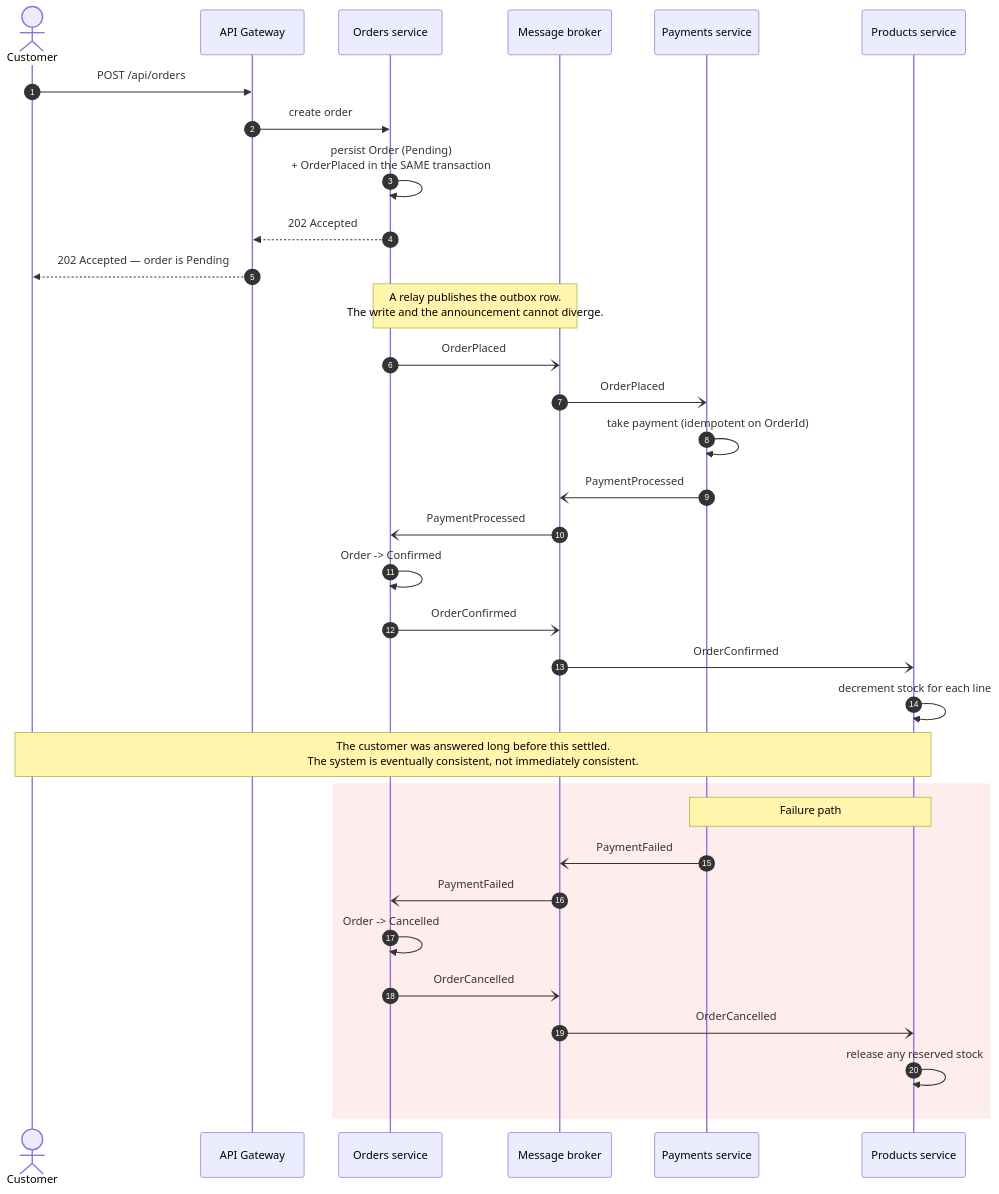
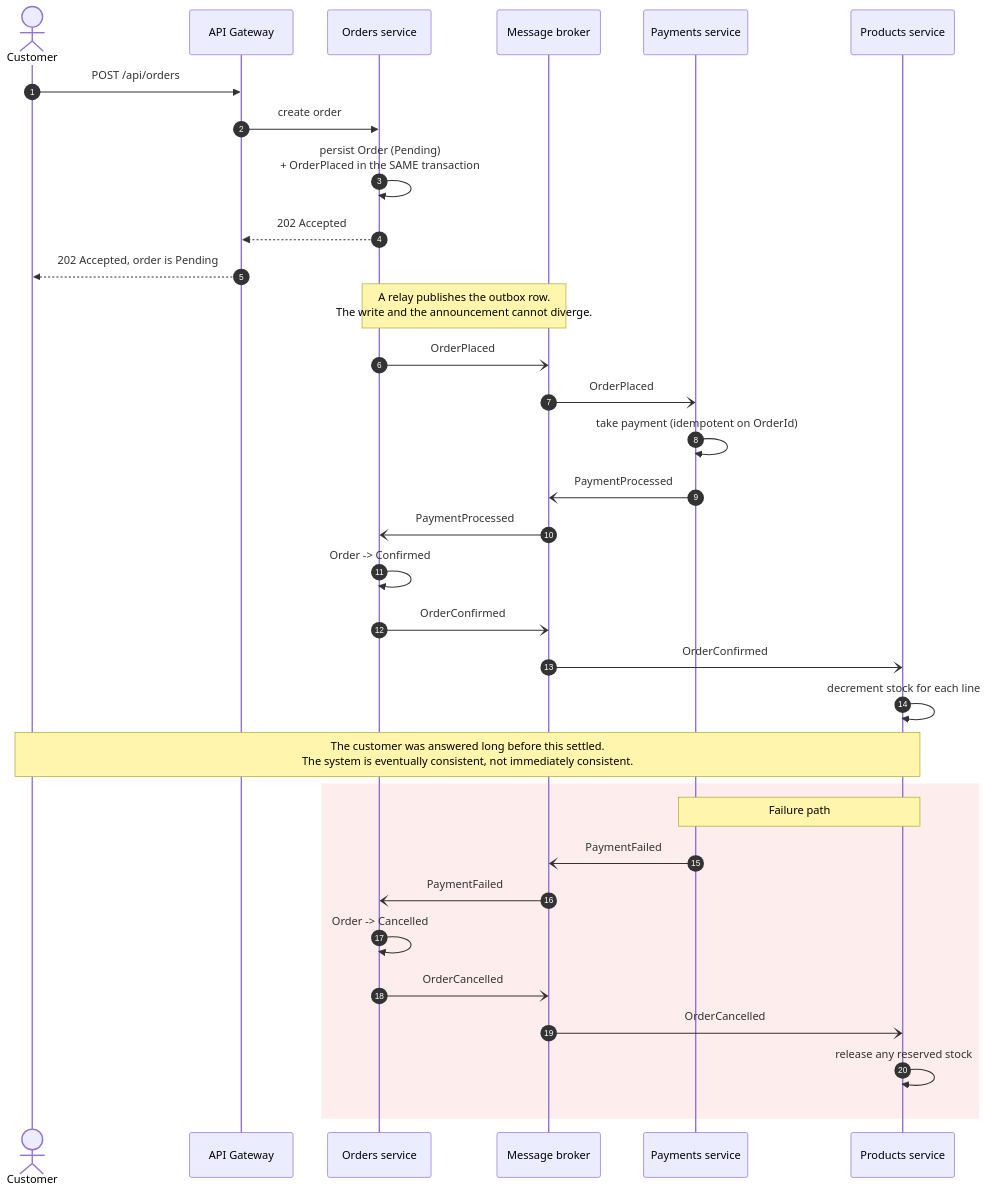
The second of 2 diagrams in docs/architecture.md (muneeb-devp/products-service-coding-test), drawn with Mermaid before and after one commit. The commit also changed other lines of this file and 79 other files, not shown here.

````diff
--- a/docs/architecture.md
+++ b/docs/architecture.md
@@ -111,42 +110,42 @@
 ```mermaid
 sequenceDiagram
     autonumber
     actor Customer
     participant GW as API Gateway
     participant Orders as Orders service
     participant Broker as Message broker
     participant Payments as Payments service
     participant Products as Products service
 
     Customer->>GW: POST /api/orders
     GW->>Orders: create order
     Orders->>Orders: persist Order (Pending)<br/>+ OrderPlaced in the SAME transaction
     Orders-->>GW: 202 Accepted
-    GW-->>Customer: 202 Accepted — order is Pending
+    GW-->>Customer: 202 Accepted, order is Pending
 
     Note over Orders,Broker: A relay publishes the outbox row.<br/>The write and the announcement cannot diverge.
     Orders-)Broker: OrderPlaced
 
     Broker-)Payments: OrderPlaced
     Payments->>Payments: take payment (idempotent on OrderId)
     Payments-)Broker: PaymentProcessed
 
     Broker-)Orders: PaymentProcessed
     Orders->>Orders: Order -> Confirmed
     Orders-)Broker: OrderConfirmed
 
     Broker-)Products: OrderConfirmed
     Products->>Products: decrement stock for each line
 
     Note over Customer,Products: The customer was answered long before this settled.<br/>The system is eventually consistent, not immediately consistent.
 
     rect rgb(253, 237, 237)
         Note over Payments,Products: Failure path
         Payments-)Broker: PaymentFailed
         Broker-)Orders: PaymentFailed
         Orders->>Orders: Order -> Cancelled
         Orders-)Broker: OrderCancelled
         Broker-)Products: OrderCancelled
         Products->>Products: release any reserved stock
     end
 ```
````
